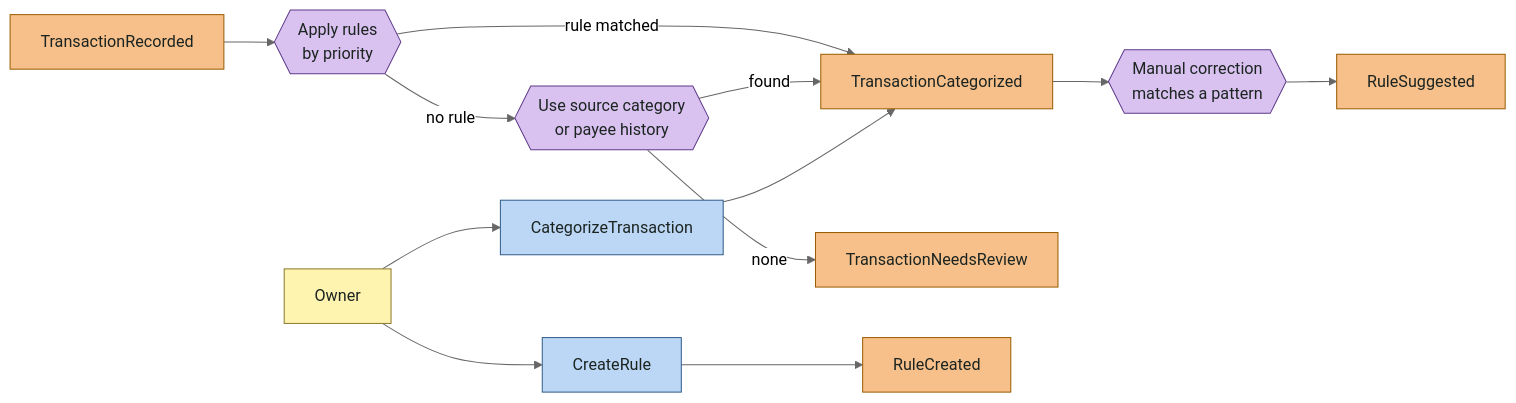
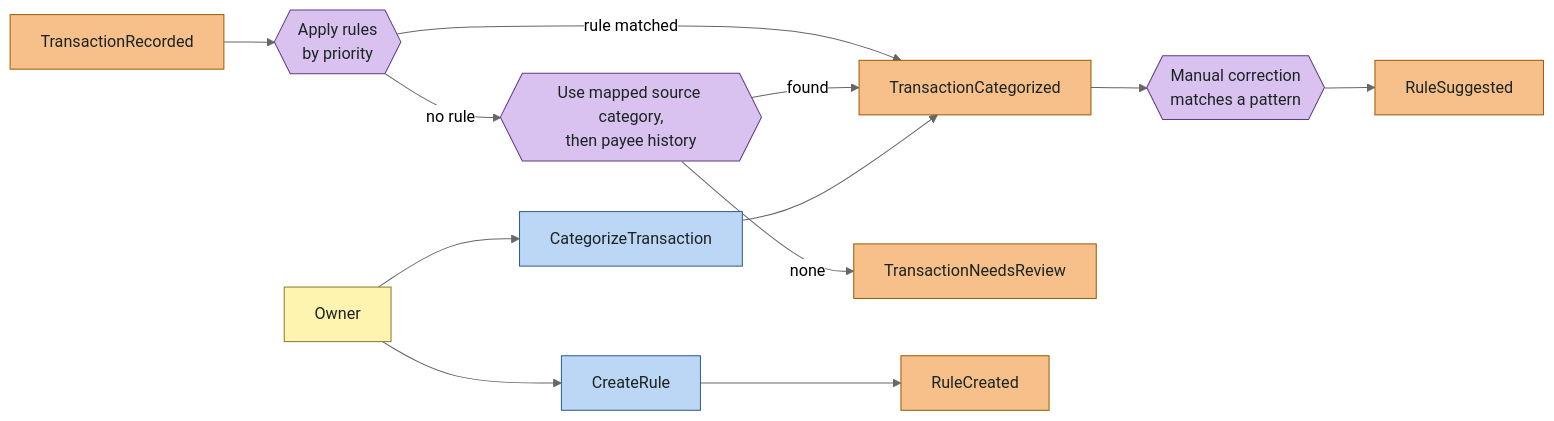
Before and after one commit to andrelopes-code/equori: the seventh of 11 diagrams in docs/domain/03-domain-flows.md, drawn with Mermaid (neutral theme). The commit also changed other lines of this file and 8 other files, not shown here.

````diff
--- a/docs/domain/03-domain-flows.md
+++ b/docs/domain/03-domain-flows.md
@@ -180,15 +184,15 @@
 ```mermaid
 flowchart LR
   E1[TransactionRecorded]:::event --> P1{{Apply rules<br/>by priority}}:::policy
   P1 -- rule matched --> E2[TransactionCategorized]:::event
-  P1 -- no rule --> P2{{Use source category<br/>or payee history}}:::policy
+  P1 -- no rule --> P2{{Use mapped source category,<br/>then payee history}}:::policy
   P2 -- found --> E2
   P2 -- none --> E3[TransactionNeedsReview]:::event
   O[Owner]:::actor --> C1[CategorizeTransaction]:::command --> E2
   E2 --> P3{{Manual correction<br/>matches a pattern}}:::policy --> E4[RuleSuggested]:::event
   O --> C2[CreateRule]:::command --> E5[RuleCreated]:::event
   classDef actor fill:#fff3b0,stroke:#8a7a2a,color:#1b2421
   classDef command fill:#bcd7f5,stroke:#2f5d8a,color:#1b2421
   classDef event fill:#f7c08a,stroke:#9a5b00,color:#1b2421
   classDef policy fill:#d9c2f0,stroke:#5e3a8a,color:#1b2421
 ```
````
